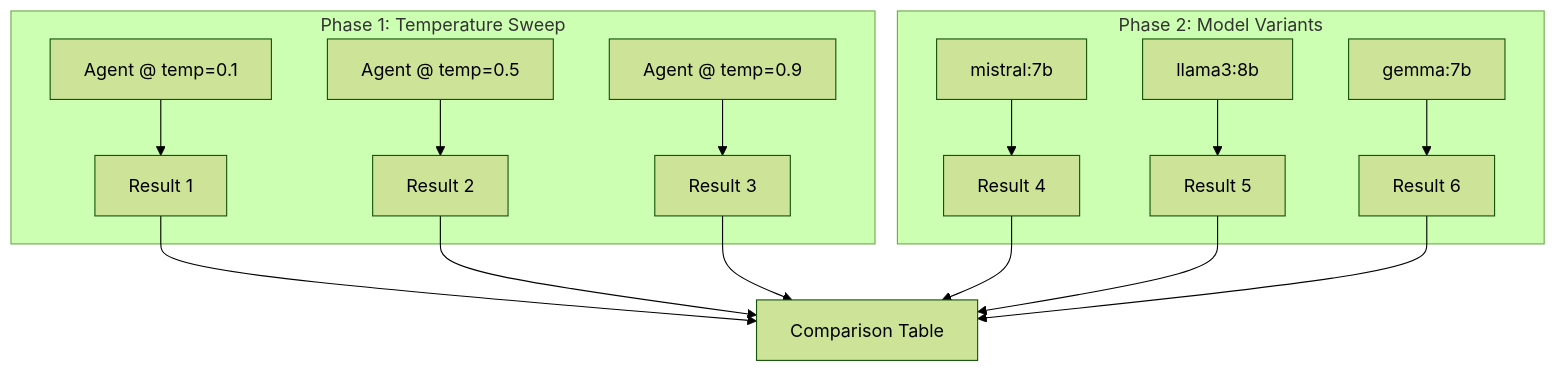
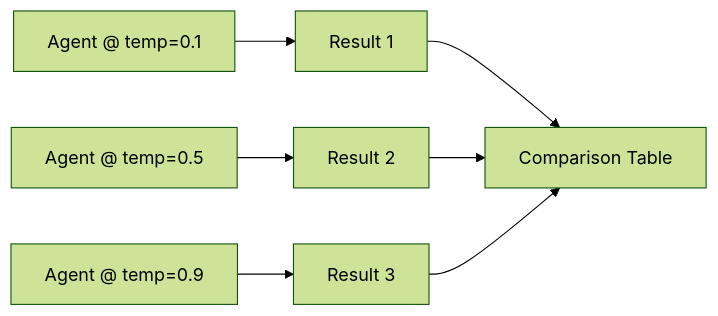
One commit to intelliswarm-ai/swarm-ai-examples changed the first of 2 diagrams in multi-llm-provider-switching/README.md. Above: the diagram before and after it, drawn with Mermaid (forest theme). The commit also changed other lines of this file and 4 other files, not shown here.

Commit message:
feat(examples): Mermaid diagrams for workflow visualization

````diff
--- a/multi-llm-provider-switching/README.md
+++ b/multi-llm-provider-switching/README.md
@@ -7,14 +9,7 @@
 ```mermaid
-graph TD
-    subgraph Phase 1: Temperature Sweep
-        T1[Agent @ temp=0.1] --> R1[Result 1]
-        T2[Agent @ temp=0.5] --> R2[Result 2]
-        T3[Agent @ temp=0.9] --> R3[Result 3]
-    end
-    subgraph Phase 2: Model Variants
-        M1[mistral:7b] --> R4[Result 4]
-        M2[llama3:8b] --> R5[Result 5]
-        M3[gemma:7b] --> R6[Result 6]
-    end
-    R1 & R2 & R3 & R4 & R5 & R6 --> CMP[Comparison Table]
+graph LR
+    T1[Agent @ temp=0.1] --> R1[Result 1]
+    T2[Agent @ temp=0.5] --> R2[Result 2]
+    T3[Agent @ temp=0.9] --> R3[Result 3]
+    R1 & R2 & R3 --> CMP1[Comparison Table]
 ```
````
